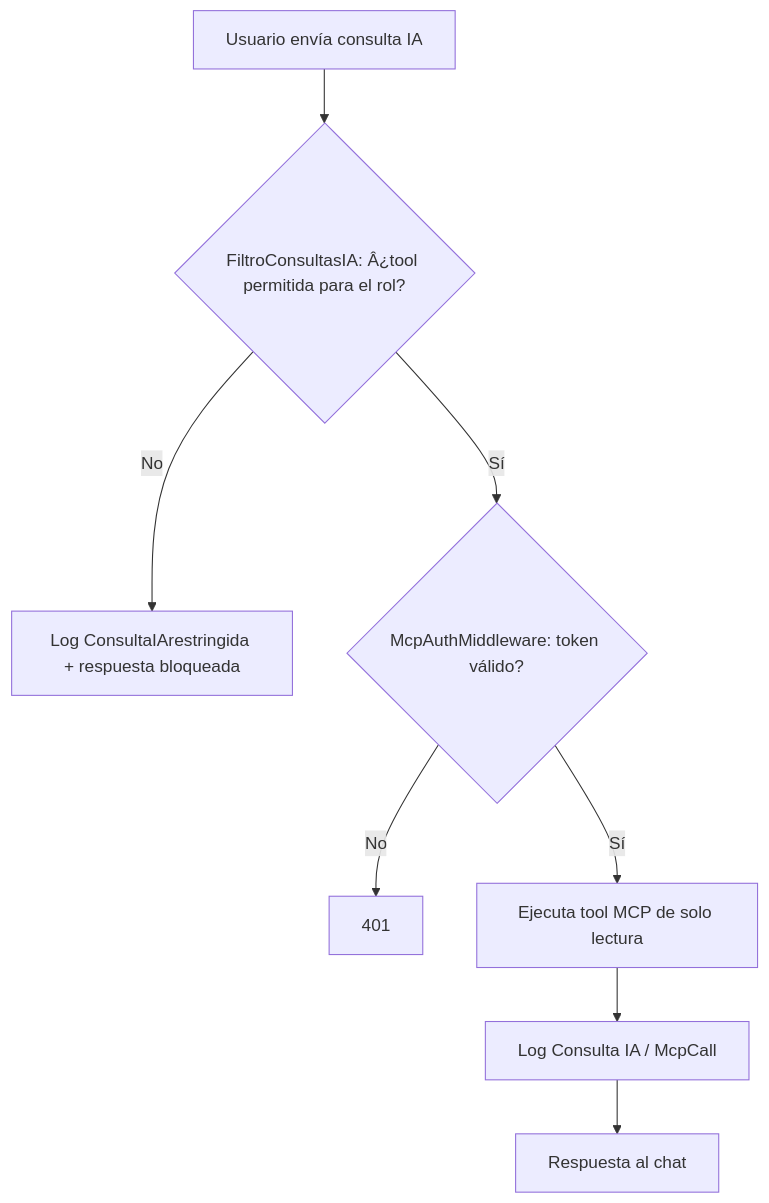
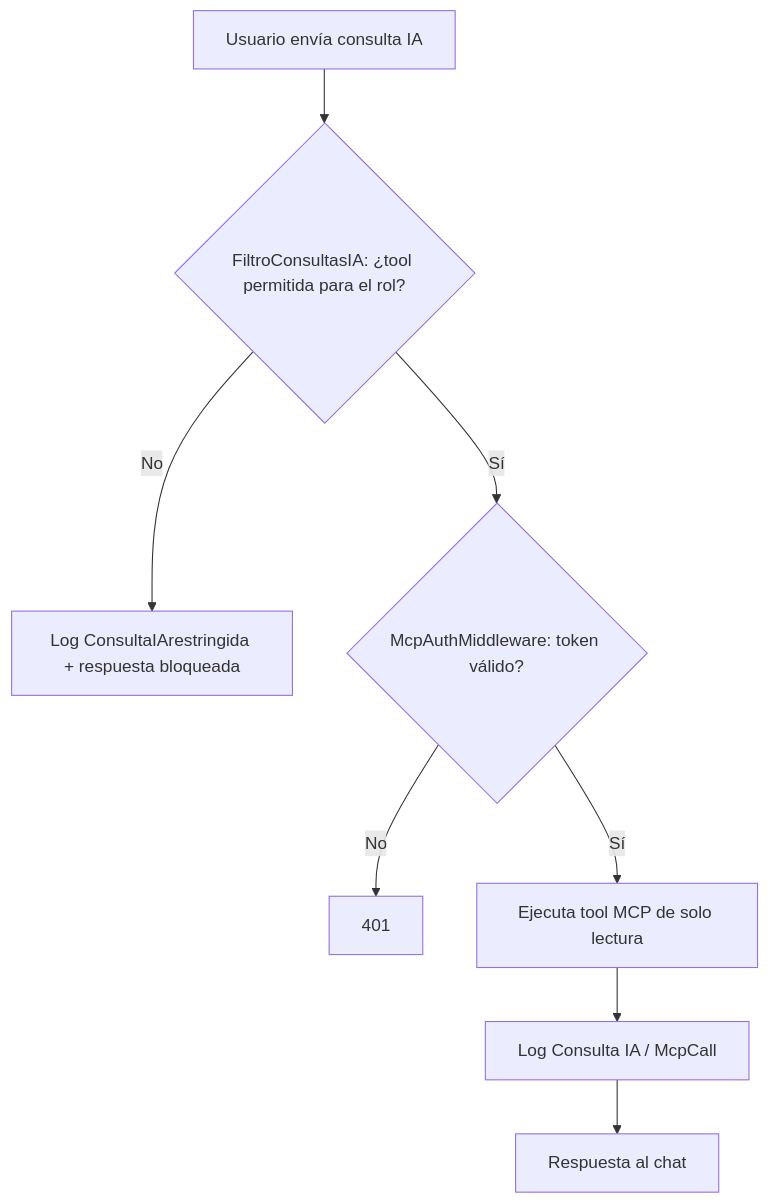
One commit to adrian-silva-uy/guarino changed the eighth of 11 diagrams in docs/diagramas.md. Above: the diagram before and after it, drawn with Mermaid. The commit also changed other lines of this file, not shown here.

Commit message:
Fix: corrige mojibake (Â¿ -> ¿) en diagrama 'Flujo de filtro IA por rol' y verifica todos los .md

````diff
--- a/docs/diagramas.md
+++ b/docs/diagramas.md
@@ -248,10 +248,10 @@
 ```mermaid
 flowchart TD
-    U[Usuario envía consulta IA] --> F1{FiltroConsultasIA: Â¿tool permitida para el rol?}
+    U[Usuario envía consulta IA] --> F1{FiltroConsultasIA: ¿tool permitida para el rol?}
     F1 -- No --> L1[Log ConsultaIArestringida + respuesta bloqueada]
     F1 -- Sí --> F2{McpAuthMiddleware: token válido?}
     F2 -- No --> L2[401]
     F2 -- Sí --> Tool[Ejecuta tool MCP de solo lectura]
     Tool --> Audit[Log Consulta IA / McpCall]
     Audit --> Resp[Respuesta al chat]
 ```
````
